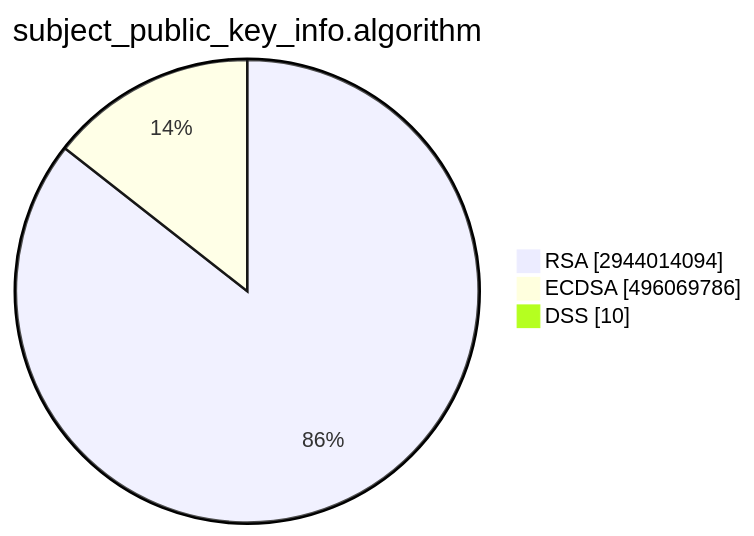
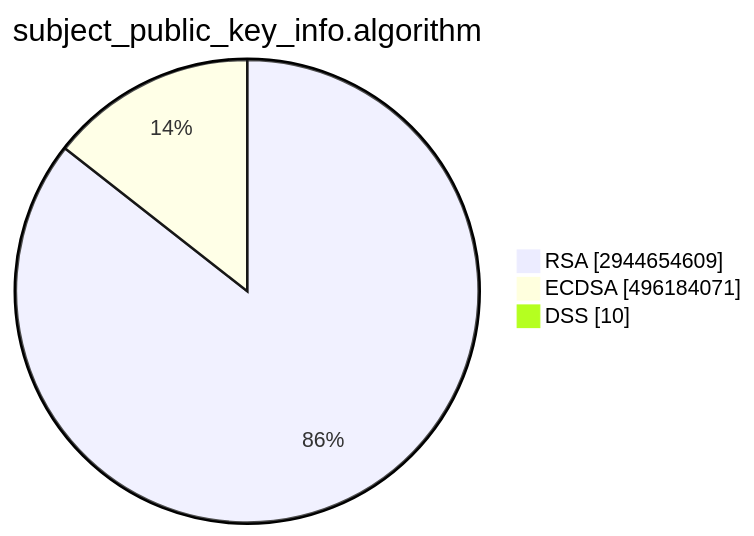
Before and after one commit to christiankrug/ctmonitor_visualization: the second of 15 diagrams in TOTAL/README.md, drawn with Mermaid. The commit also changed other lines of this file, not shown here.

````diff
--- a/TOTAL/README.md
+++ b/TOTAL/README.md
@@ -6,7 +6,7 @@
 ```mermaid
 pie showData
 title subject_public_key_info.algorithm
-"RSA" :2944014094
-"ECDSA" :496069786
+"RSA" :2944654609
+"ECDSA" :496184071
 "DSS" :10
 ```
````
